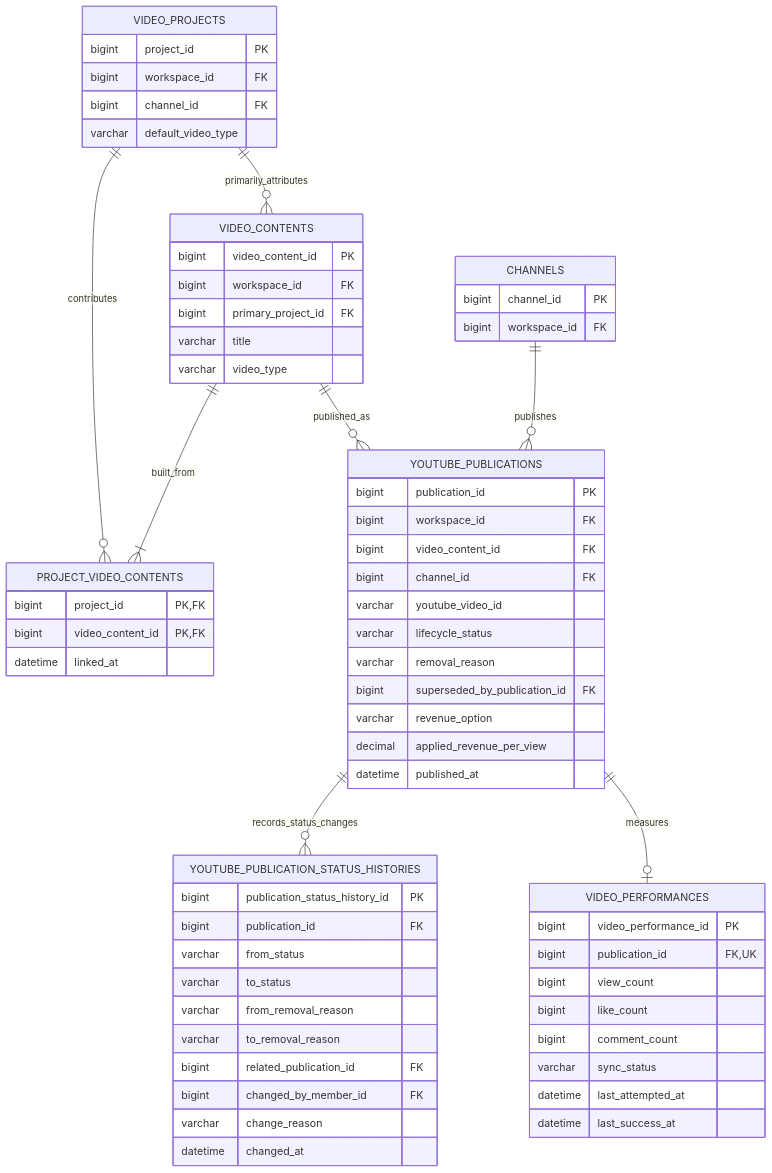
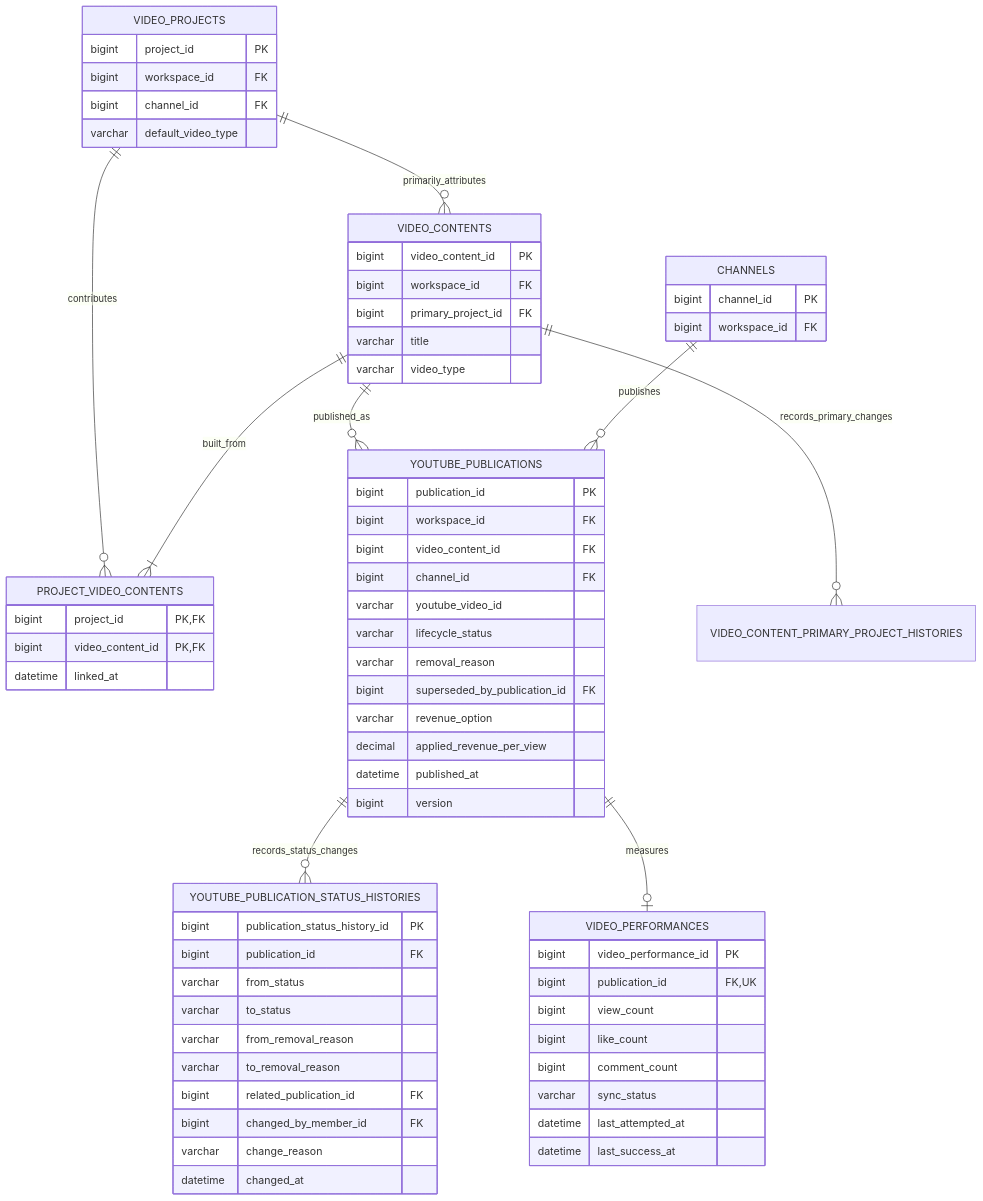
One commit to heebaek200/yms-project changed the sixth of 6 diagrams in docs/design/데이터베이스 설계 및 ERD.md. Above: the diagram before and after it, drawn with Mermaid. The commit also changed other lines of this file and 4 other files, not shown here.

````diff
--- a/docs/design/데이터베이스 설계 및 ERD.md
+++ b/docs/design/데이터베이스 설계 및 ERD.md
@@ -1464,74 +1487,76 @@
 ```mermaid
 erDiagram
     VIDEO_PROJECTS {
         bigint project_id PK
         bigint workspace_id FK
         bigint channel_id FK
         varchar default_video_type
     }
 
     VIDEO_CONTENTS {
         bigint video_content_id PK
         bigint workspace_id FK
         bigint primary_project_id FK
         varchar title
         varchar video_type
     }
 
     PROJECT_VIDEO_CONTENTS {
         bigint project_id PK,FK
         bigint video_content_id PK,FK
         datetime linked_at
     }
 
     CHANNELS {
         bigint channel_id PK
         bigint workspace_id FK
     }
 
     YOUTUBE_PUBLICATIONS {
         bigint publication_id PK
         bigint workspace_id FK
         bigint video_content_id FK
         bigint channel_id FK
         varchar youtube_video_id
         varchar lifecycle_status
         varchar removal_reason
         bigint superseded_by_publication_id FK
         varchar revenue_option
         decimal applied_revenue_per_view
         datetime published_at
+        bigint version
     }
 
     YOUTUBE_PUBLICATION_STATUS_HISTORIES {
         bigint publication_status_history_id PK
         bigint publication_id FK
         varchar from_status
         varchar to_status
         varchar from_removal_reason
         varchar to_removal_reason
         bigint related_publication_id FK
         bigint changed_by_member_id FK
         varchar change_reason
         datetime changed_at
     }
 
     VIDEO_PERFORMANCES {
         bigint video_performance_id PK
         bigint publication_id FK,UK
         bigint view_count
         bigint like_count
         bigint comment_count
         varchar sync_status
         datetime last_attempted_at
         datetime last_success_at
     }
 
     VIDEO_PROJECTS ||--o{ PROJECT_VIDEO_CONTENTS : contributes
     VIDEO_CONTENTS ||--|{ PROJECT_VIDEO_CONTENTS : built_from
     VIDEO_PROJECTS ||--o{ VIDEO_CONTENTS : primarily_attributes
+    VIDEO_CONTENTS ||--o{ VIDEO_CONTENT_PRIMARY_PROJECT_HISTORIES : records_primary_changes
     VIDEO_CONTENTS ||--o{ YOUTUBE_PUBLICATIONS : published_as
     CHANNELS ||--o{ YOUTUBE_PUBLICATIONS : publishes
     YOUTUBE_PUBLICATIONS ||--o{ YOUTUBE_PUBLICATION_STATUS_HISTORIES : records_status_changes
     YOUTUBE_PUBLICATIONS ||--o| VIDEO_PERFORMANCES : measures
 ```
````
